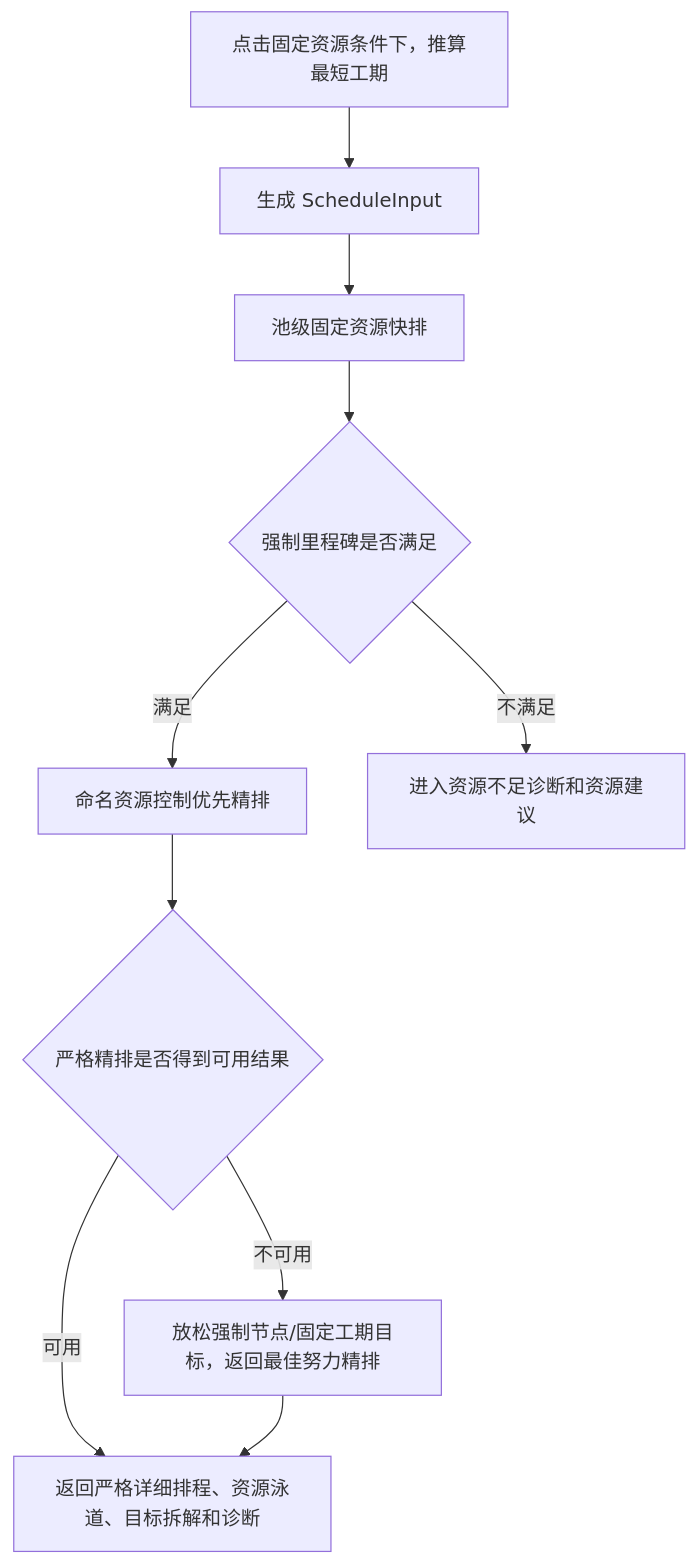
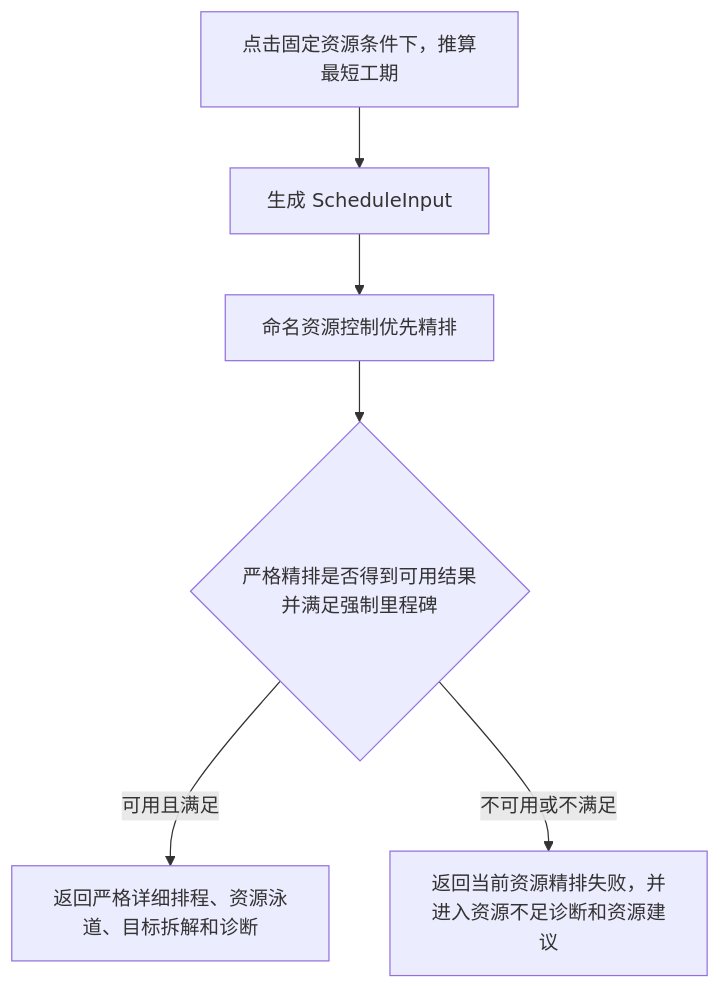
Before and after one commit to Lili-big/projectScheduling: the diagram in docs/固定资源满足分支详细排程算法文档_v1.6.md, drawn with Mermaid. The commit also changed other lines of this file and 26 other files, not shown here.

````diff
--- a/docs/固定资源满足分支详细排程算法文档_v1.6.md
+++ b/docs/固定资源满足分支详细排程算法文档_v1.6.md
@@ -23,12 +23,8 @@
 ```mermaid
 flowchart TD
   A["点击固定资源条件下，推算最短工期"] --> B["生成 ScheduleInput"]
-  B --> C["池级固定资源快排"]
-  C --> D{"强制里程碑是否满足"}
-  D -- "满足" --> E["命名资源控制优先精排"]
-  D -- "不满足" --> F["进入资源不足诊断和资源建议"]
-  E --> H{"严格精排是否得到可用结果"}
-  H -- "可用" --> G["返回严格详细排程、资源泳道、目标拆解和诊断"]
-  H -- "不可用" --> I["放松强制节点/固定工期目标，返回最佳努力精排"]
-  I --> G
+  B --> C["命名资源控制优先精排"]
+  C --> D{"严格精排是否得到可用结果并满足强制里程碑"}
+  D -- "可用且满足" --> G["返回严格详细排程、资源泳道、目标拆解和诊断"]
+  D -- "不可用或不满足" --> F["返回当前资源精排失败，并进入资源不足诊断和资源建议"]
 ```
````
